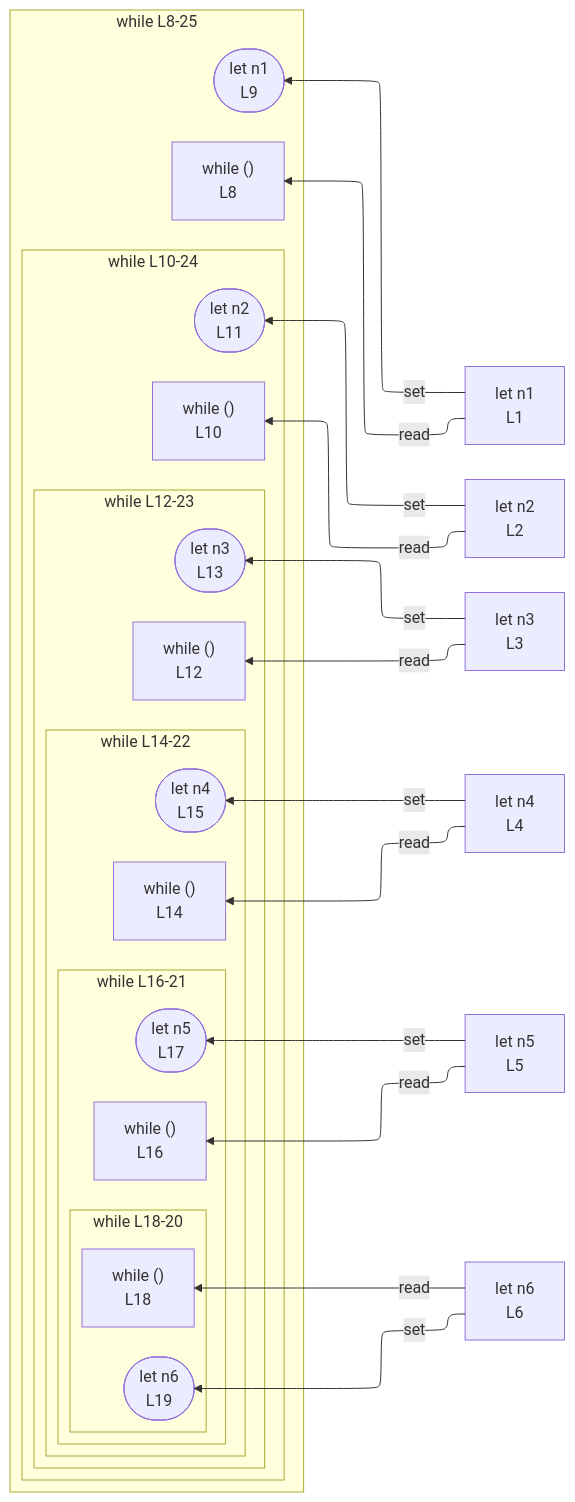
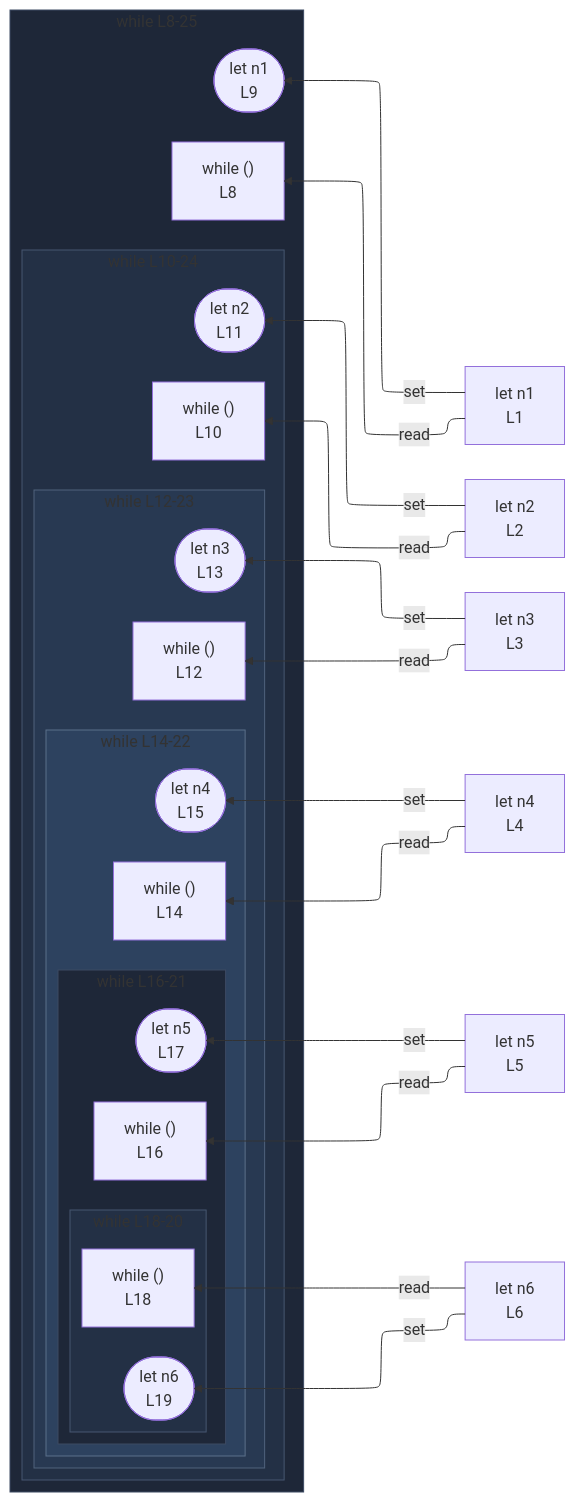
Before and after one commit to crescware/unsnarl: the diagram in integration/fixtures/app-behavior/depth/while/depth-10/preview.md, drawn with Mermaid. The commit also changed 249 other files, not shown here.

First line of the commit message:
Color Mermaid subgraphs by nesting depth via theme palette

````diff
--- a/integration/fixtures/app-behavior/depth/while/depth-10/preview.md
+++ b/integration/fixtures/app-behavior/depth/while/depth-10/preview.md
@@ -35,52 +35,62 @@
 ```mermaid
 %%{init: {"flowchart": {"defaultRenderer": "elk"}}}%%
 flowchart RL
   n_scope_0_n1_4["let n1<br/>L1"]
   n_scope_0_n2_16["let n2<br/>L2"]
   n_scope_0_n3_28["let n3<br/>L3"]
   n_scope_0_n4_40["let n4<br/>L4"]
   n_scope_0_n5_52["let n5<br/>L5"]
   n_scope_0_n6_64["let n6<br/>L6"]
   subgraph s_scope_1["while L8-25"]
     direction RL
     while_test_scope_0_73["while ()<br/>L8"]
     wr_ref_7(["let n1<br/>L9"])
     subgraph s_scope_2["while L10-24"]
       direction RL
       while_test_scope_1_100["while ()<br/>L10"]
       wr_ref_9(["let n2<br/>L11"])
       subgraph s_scope_3["while L12-23"]
         direction RL
         while_test_scope_2_131["while ()<br/>L12"]
         wr_ref_11(["let n3<br/>L13"])
         subgraph s_scope_4["while L14-22"]
           direction RL
           while_test_scope_3_166["while ()<br/>L14"]
           wr_ref_13(["let n4<br/>L15"])
           subgraph s_scope_5["while L16-21"]
             direction RL
             while_test_scope_4_205["while ()<br/>L16"]
             wr_ref_15(["let n5<br/>L17"])
             subgraph s_scope_6["while L18-20"]
               direction RL
               while_test_scope_5_248["while ()<br/>L18"]
               wr_ref_17(["let n6<br/>L19"])
             end
           end
         end
       end
     end
   end
   n_scope_0_n1_4 -->|set| wr_ref_7
   n_scope_0_n2_16 -->|set| wr_ref_9
   n_scope_0_n3_28 -->|set| wr_ref_11
   n_scope_0_n4_40 -->|set| wr_ref_13
   n_scope_0_n5_52 -->|set| wr_ref_15
   n_scope_0_n6_64 -->|set| wr_ref_17
   n_scope_0_n1_4 -->|read| while_test_scope_0_73
   n_scope_0_n2_16 -->|read| while_test_scope_1_100
   n_scope_0_n3_28 -->|read| while_test_scope_2_131
   n_scope_0_n4_40 -->|read| while_test_scope_3_166
   n_scope_0_n5_52 -->|read| while_test_scope_4_205
   n_scope_0_n6_64 -->|read| while_test_scope_5_248
+  classDef nestL1 fill:#1e2738,stroke:#3d4a63;
+  class s_scope_1 nestL1;
+  class s_scope_5 nestL1;
+  classDef nestL2 fill:#233045,stroke:#475670;
+  class s_scope_2 nestL2;
+  class s_scope_6 nestL2;
+  classDef nestL3 fill:#283952,stroke:#51637d;
+  class s_scope_3 nestL3;
+  classDef nestL4 fill:#2d425f,stroke:#5b708a;
+  class s_scope_4 nestL4;
 ```
````
